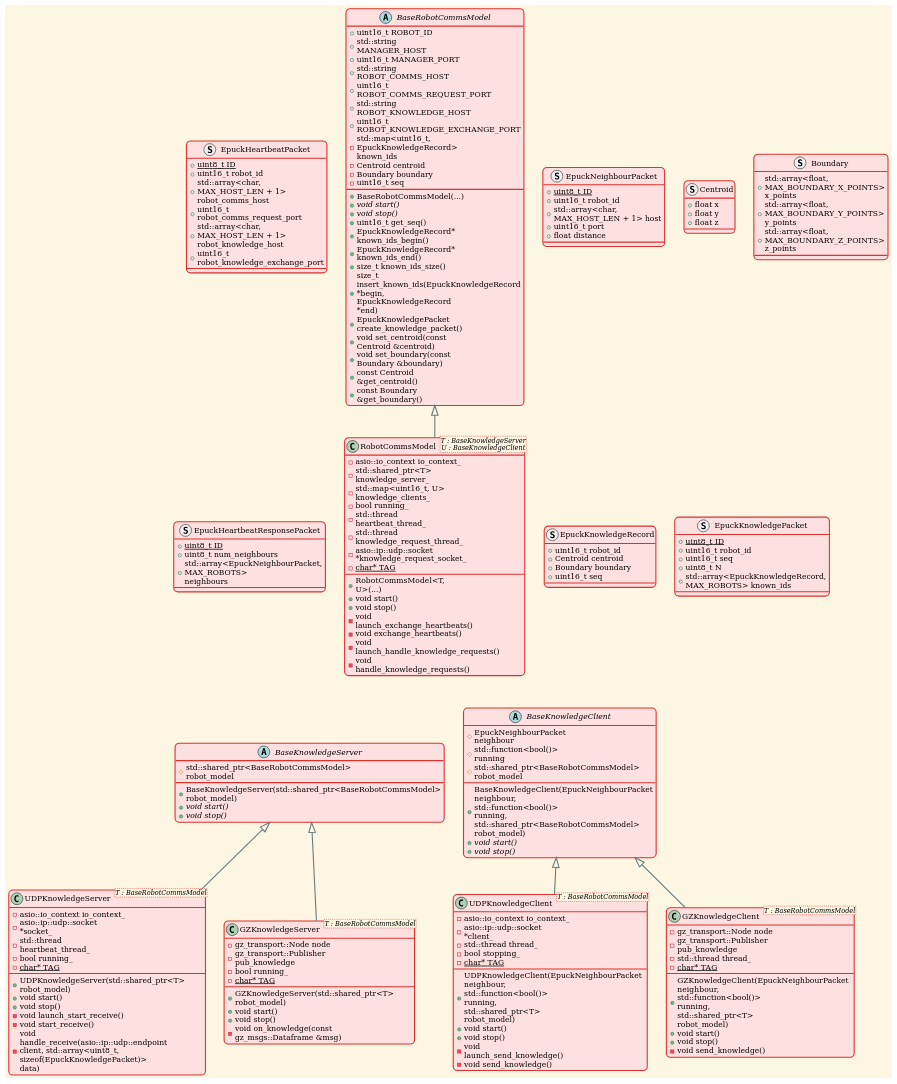
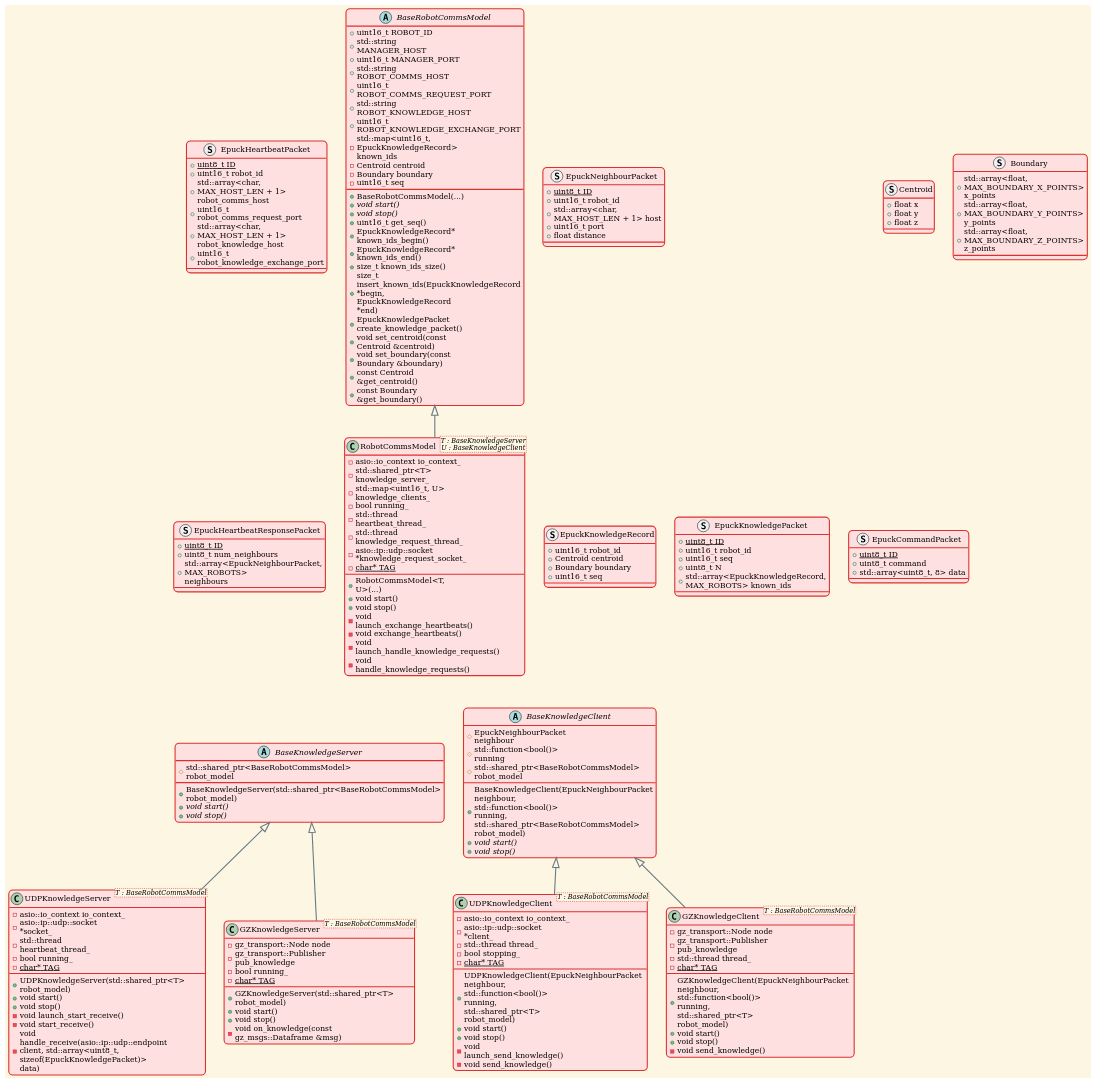
One commit to eshjordan/mobile-robotics-fyp changed the diagram in src/lazy_agent_sim/ros_gz_lazy_agent_sim_applications/agent_local_comms_server/doc/comms_class.puml. Above: the diagram before and after it, drawn with PlantUML. The commit also changed 3 other files, not shown here.

```diff
--- a/src/lazy_agent_sim/ros_gz_lazy_agent_sim_applications/agent_local_comms_server/doc/comms_class.puml
+++ b/src/lazy_agent_sim/ros_gz_lazy_agent_sim_applications/agent_local_comms_server/doc/comms_class.puml
@@ -1,186 +1,192 @@
 @startuml
 
 !theme sunlust
 
 abstract class BaseKnowledgeServer {
   + BaseKnowledgeServer(std::shared_ptr<BaseRobotCommsModel> robot_model)
   + {abstract} void start()
   + {abstract} void stop()
   # std::shared_ptr<BaseRobotCommsModel> robot_model
 }
 
 abstract class BaseKnowledgeClient {
   + BaseKnowledgeClient(EpuckNeighbourPacket neighbour, std::function<bool()> running, std::shared_ptr<BaseRobotCommsModel> robot_model)
   + {abstract} void start()
   + {abstract} void stop()
   # EpuckNeighbourPacket neighbour
   # {field} std::function<bool()> running
   # std::shared_ptr<BaseRobotCommsModel> robot_model
 }
 
 abstract class BaseRobotCommsModel {
   + uint16_t ROBOT_ID
   + std::string MANAGER_HOST
   + uint16_t MANAGER_PORT
   + std::string ROBOT_COMMS_HOST
   + uint16_t ROBOT_COMMS_REQUEST_PORT
   + std::string ROBOT_KNOWLEDGE_HOST
   + uint16_t ROBOT_KNOWLEDGE_EXCHANGE_PORT
   - std::map<uint16_t, EpuckKnowledgeRecord> known_ids
   - Centroid centroid
   - Boundary boundary
   - uint16_t seq
 
   + BaseRobotCommsModel(...)
   + {abstract} void start()
   + {abstract} void stop()
   + uint16_t get_seq()
   + EpuckKnowledgeRecord* known_ids_begin()
   + EpuckKnowledgeRecord* known_ids_end()
   + size_t known_ids_size()
   + size_t insert_known_ids(EpuckKnowledgeRecord *begin, EpuckKnowledgeRecord *end)
   + EpuckKnowledgePacket create_knowledge_packet()
   + void set_centroid(const Centroid &centroid)
   + void set_boundary(const Boundary &boundary)
   + const Centroid &get_centroid()
   + const Boundary &get_boundary()
 }
 
 
 struct EpuckHeartbeatPacket {
   +{static} uint8_t ID
   +uint16_t robot_id
   +std::array<char, MAX_HOST_LEN + 1> robot_comms_host
   +uint16_t robot_comms_request_port
   +std::array<char, MAX_HOST_LEN + 1> robot_knowledge_host
   +uint16_t robot_knowledge_exchange_port
 }
 
 struct EpuckNeighbourPacket {
   +{static} uint8_t ID
   +uint16_t robot_id
   +std::array<char, MAX_HOST_LEN + 1> host
   +uint16_t port
   +float distance
 }
 
 struct EpuckHeartbeatResponsePacket {
   +{static} uint8_t ID
   +uint8_t num_neighbours
   +std::array<EpuckNeighbourPacket, MAX_ROBOTS> neighbours
 }
 
 struct Centroid {
   +float x
   +float y
   +float z
 }
 
 struct Boundary {
   +std::array<float, MAX_BOUNDARY_X_POINTS> x_points
   +std::array<float, MAX_BOUNDARY_Y_POINTS> y_points
   +std::array<float, MAX_BOUNDARY_Z_POINTS> z_points
 }
 
 struct EpuckKnowledgeRecord {
   +uint16_t robot_id
   +Centroid centroid
   +Boundary boundary
   +uint16_t seq
 }
 
 struct EpuckKnowledgePacket {
   +{static} uint8_t ID
   +uint16_t robot_id
   +uint16_t seq
   +uint8_t N
   +std::array<EpuckKnowledgeRecord, MAX_ROBOTS> known_ids
 }
 
+struct EpuckCommandPacket {
+  +{static} uint8_t ID
+  +uint8_t command
+  +std::array<uint8_t, 8> data
+}
+
 
 class RobotCommsModel <T : BaseKnowledgeServer\nU : BaseKnowledgeClient> {
   + RobotCommsModel<T, U>(...)
   + void start()
   + void stop()
   - void launch_exchange_heartbeats()
   - void exchange_heartbeats()
   - void launch_handle_knowledge_requests()
   - void handle_knowledge_requests()
   - asio::io_context io_context_
   - std::shared_ptr<T> knowledge_server_
   - std::map<uint16_t, U> knowledge_clients_
   - bool running_
   - std::thread heartbeat_thread_
   - std::thread knowledge_request_thread_
   - asio::ip::udp::socket *knowledge_request_socket_
   - {static} char* TAG
 }
 
 
 class UDPKnowledgeServer <T : BaseRobotCommsModel> {
   + UDPKnowledgeServer(std::shared_ptr<T> robot_model)
   + void start()
   + void stop()
   - void launch_start_receive()
   - void start_receive()
   - void handle_receive(asio::ip::udp::endpoint client, std::array<uint8_t, sizeof(EpuckKnowledgePacket)> data)
   - asio::io_context io_context_
   - asio::ip::udp::socket *socket_
   - std::thread heartbeat_thread_
   - bool running_
   - {static} char* TAG
 }
 
 class UDPKnowledgeClient <T : BaseRobotCommsModel> {
   + UDPKnowledgeClient(EpuckNeighbourPacket neighbour, std::function<bool()> running, std::shared_ptr<T> robot_model)
   + void start()
   + void stop()
   - void launch_send_knowledge()
   - void send_knowledge()
   - asio::io_context io_context_
   - asio::ip::udp::socket *client_
   - std::thread thread_
   - bool stopping_
   - {static} char* TAG
 }
 
 
 class GZKnowledgeServer <T : BaseRobotCommsModel> {
   + GZKnowledgeServer(std::shared_ptr<T> robot_model)
   + void start()
   + void stop()
   - void on_knowledge(const gz_msgs::Dataframe &msg)
   - gz_transport::Node node
   - gz_transport::Publisher pub_knowledge
   - bool running_
   - {static} char* TAG
 }
 
 class GZKnowledgeClient <T : BaseRobotCommsModel> {
   + GZKnowledgeClient(EpuckNeighbourPacket neighbour, std::function<bool()> running, std::shared_ptr<T> robot_model)
   + void start()
   + void stop()
   - void send_knowledge()
   - gz_transport::Node node
   - gz_transport::Publisher pub_knowledge
   - std::thread thread_
   - {static} char* TAG
 }
 
 
 BaseRobotCommsModel <|-- RobotCommsModel
 BaseKnowledgeServer <|-- UDPKnowledgeServer
 BaseKnowledgeClient <|-- UDPKnowledgeClient
 BaseKnowledgeServer <|-- GZKnowledgeServer
 BaseKnowledgeClient <|-- GZKnowledgeClient
 
 RobotCommsModel <|-[hidden]- BaseKnowledgeServer
 RobotCommsModel <|-[hidden]- BaseKnowledgeClient
 
 BaseRobotCommsModel -[hidden]left-> EpuckHeartbeatPacket
 RobotCommsModel -[hidden]left-> EpuckHeartbeatResponsePacket
 BaseRobotCommsModel -[hidden]right-> EpuckNeighbourPacket
 RobotCommsModel -[hidden]right-> EpuckKnowledgePacket
 RobotCommsModel -[hidden]right-> EpuckKnowledgeRecord
 
 @enduml
```
